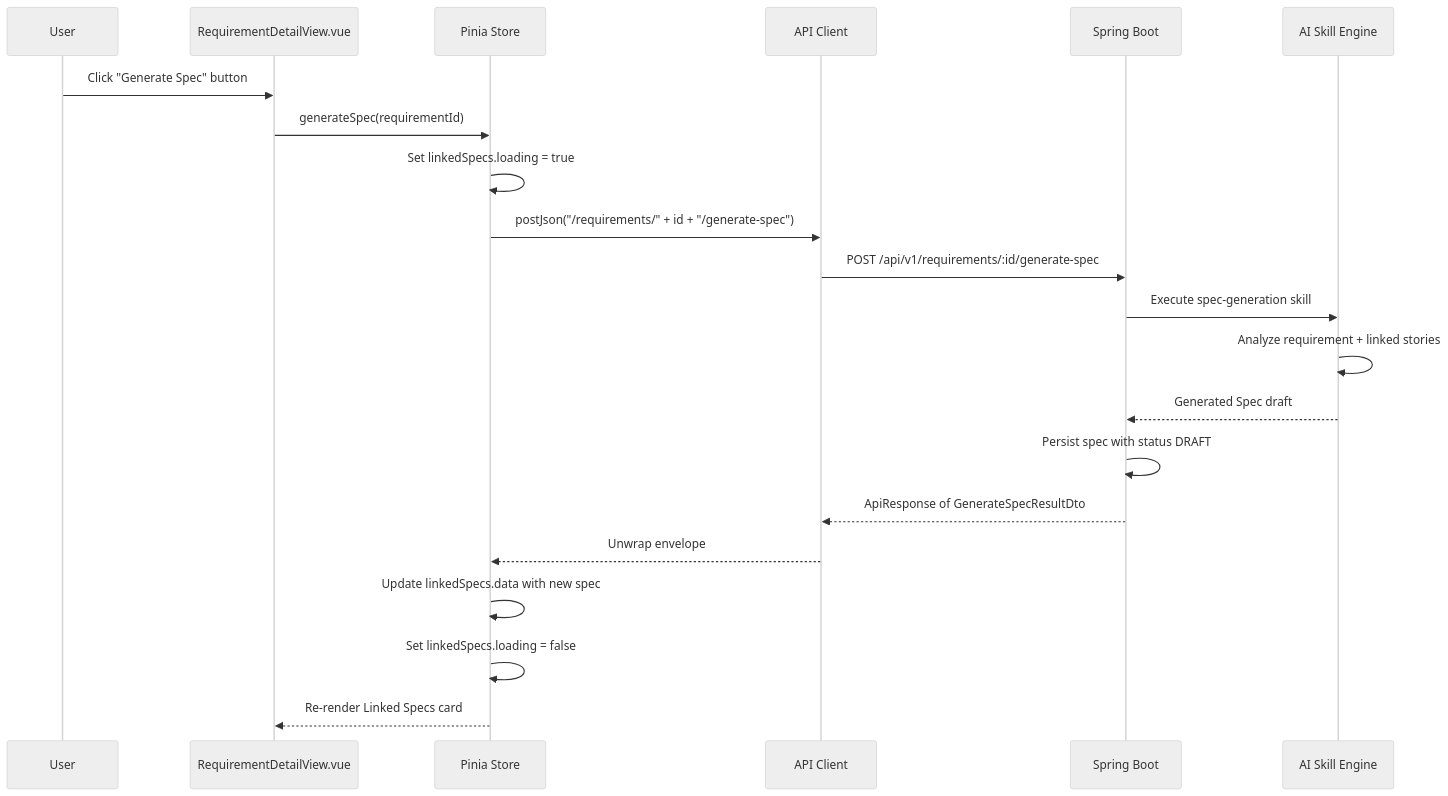
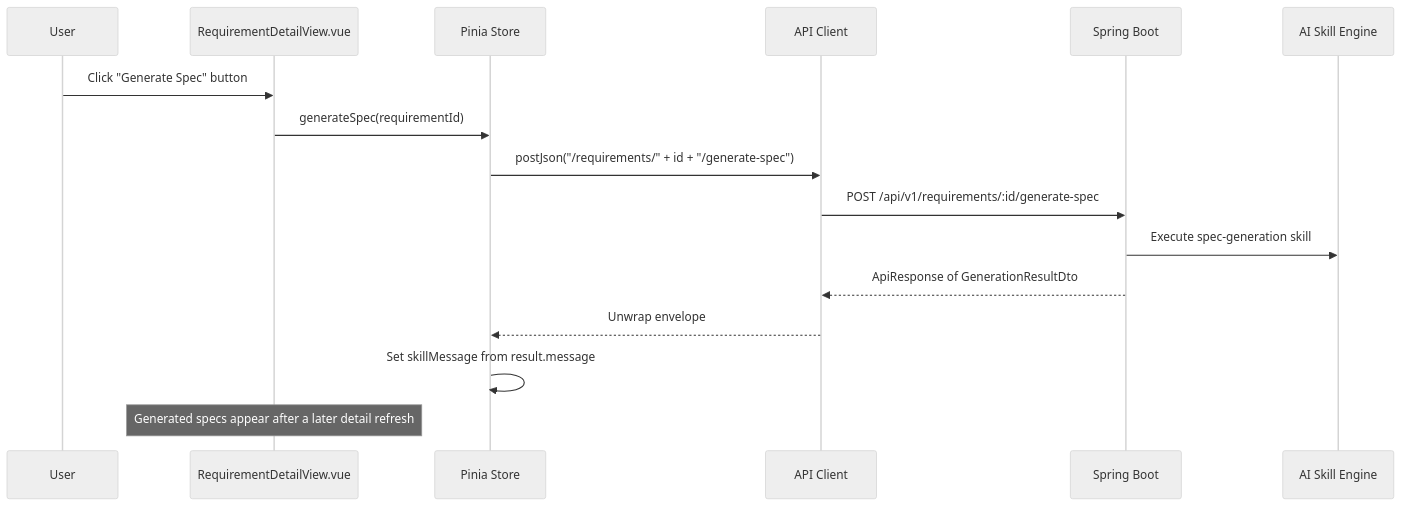
One commit to wwa-lab/Agentic-SDLC-Control-Tower changed the fifth of 13 diagrams in docs/04-architecture/requirement-data-flow.md. Above: the diagram before and after it, drawn with Mermaid (neutral theme). The commit also changed other lines of this file and 95 other files, not shown here.

Commit message:
feat: add kb-backed requirement intake flow

````diff
--- a/docs/04-architecture/requirement-data-flow.md
+++ b/docs/04-architecture/requirement-data-flow.md
@@ -209,24 +213,19 @@
 ```mermaid
 sequenceDiagram
     participant User
     participant Detail as RequirementDetailView.vue
     participant Store as Pinia Store
     participant Client as API Client
     participant Backend as Spring Boot
     participant AISkill as AI Skill Engine
 
     User->>Detail: Click "Generate Spec" button
     Detail->>Store: generateSpec(requirementId)
-    Store->>Store: Set linkedSpecs.loading = true
     Store->>Client: postJson("/requirements/" + id + "/generate-spec")
     Client->>Backend: POST /api/v1/requirements/:id/generate-spec
     Backend->>AISkill: Execute spec-generation skill
-    AISkill->>AISkill: Analyze requirement + linked stories
-    AISkill-->>Backend: Generated Spec draft
-    Backend->>Backend: Persist spec with status DRAFT
-    Backend-->>Client: ApiResponse of GenerateSpecResultDto
+    Backend-->>Client: ApiResponse of GenerationResultDto
     Client-->>Store: Unwrap envelope
-    Store->>Store: Update linkedSpecs.data with new spec
-    Store->>Store: Set linkedSpecs.loading = false
-    Store-->>Detail: Re-render Linked Specs card
+    Store->>Store: Set skillMessage from result.message
+    Note over Detail: Generated specs appear after a later detail refresh
 ```
````
